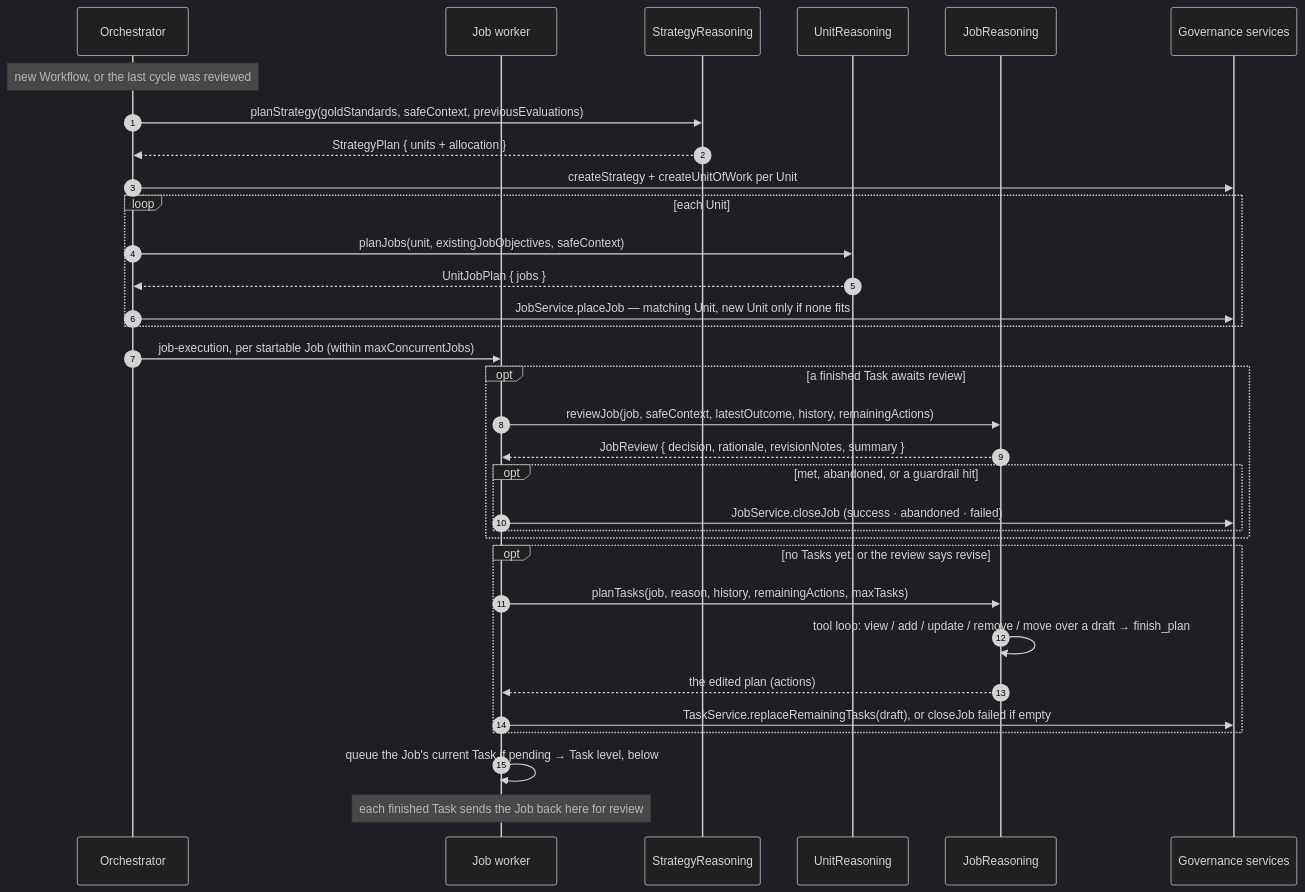
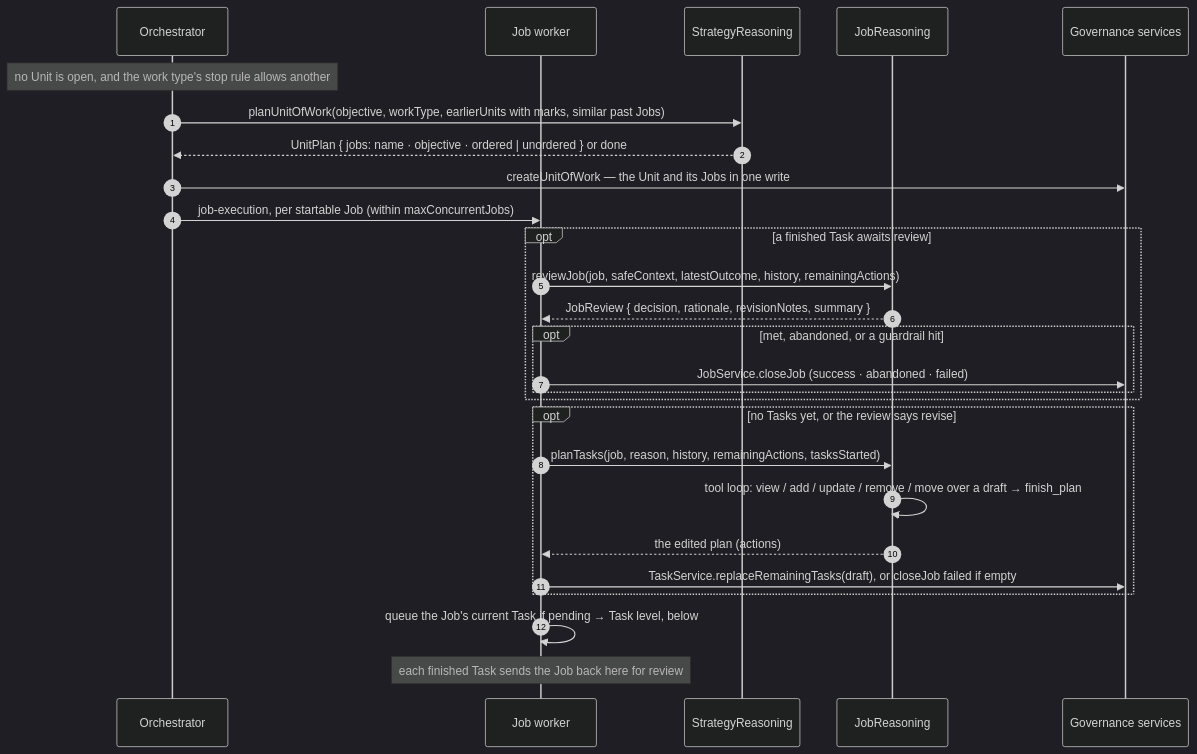
One commit to BaraaSoft/agentcores changed the second of 5 diagrams in packages/backend/src/reasoning/tech-spec.md. Above: the diagram before and after it, drawn with Mermaid (dark theme). The commit also changed other lines of this file and 69 other files, not shown here.

First line of the commit message:
Enhance governance structure with new job and strategy types

````diff
--- a/packages/backend/src/reasoning/tech-spec.md
+++ b/packages/backend/src/reasoning/tech-spec.md
@@ -103,36 +101,30 @@
 ```mermaid
 sequenceDiagram
     autonumber
     participant O as Orchestrator
     participant JW as Job worker
     participant S as StrategyReasoning
-    participant U as UnitReasoning
     participant J as JobReasoning
     participant DB as Governance services
 
-    Note over O: new Workflow, or the last cycle was reviewed
-    O->>S: planStrategy(goldStandards, safeContext, previousEvaluations)
-    S-->>O: StrategyPlan { units + allocation }
-    O->>DB: createStrategy + createUnitOfWork per Unit
-    loop each Unit
-        O->>U: planJobs(unit, existingJobObjectives, safeContext)
-        U-->>O: UnitJobPlan { jobs }
-        O->>DB: JobService.placeJob — matching Unit, new Unit only if none fits
-    end
+    Note over O: no Unit is open, and the work type's stop rule allows another
+    O->>S: planUnitOfWork(objective, workType, earlierUnits with marks, similar past Jobs)
+    S-->>O: UnitPlan { jobs: name · objective · ordered | unordered } or done
+    O->>DB: createUnitOfWork — the Unit and its Jobs in one write
     O->>JW: job-execution, per startable Job (within maxConcurrentJobs)
     opt a finished Task awaits review
         JW->>J: reviewJob(job, safeContext, latestOutcome, history, remainingActions)
         J-->>JW: JobReview { decision, rationale, revisionNotes, summary }
         opt met, abandoned, or a guardrail hit
             JW->>DB: JobService.closeJob (success · abandoned · failed)
         end
     end
     opt no Tasks yet, or the review says revise
-        JW->>J: planTasks(job, reason, history, remainingActions, maxTasks)
+        JW->>J: planTasks(job, reason, history, remainingActions, tasksStarted)
         J->>J: tool loop: view / add / update / remove / move over a draft → finish_plan
         J-->>JW: the edited plan (actions)
         JW->>DB: TaskService.replaceRemainingTasks(draft), or closeJob failed if empty
     end
     JW->>JW: queue the Job's current Task if pending → Task level, below
     Note over JW: each finished Task sends the Job back here for review
 ```
````
